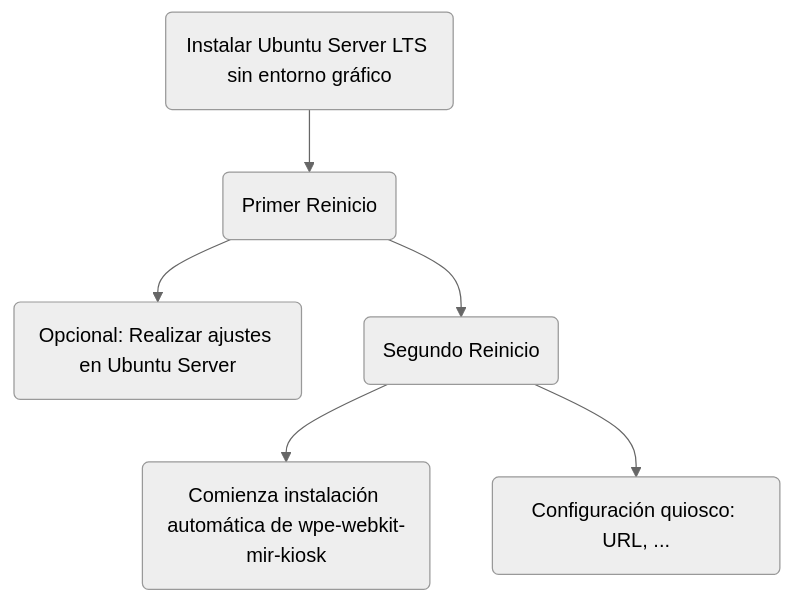
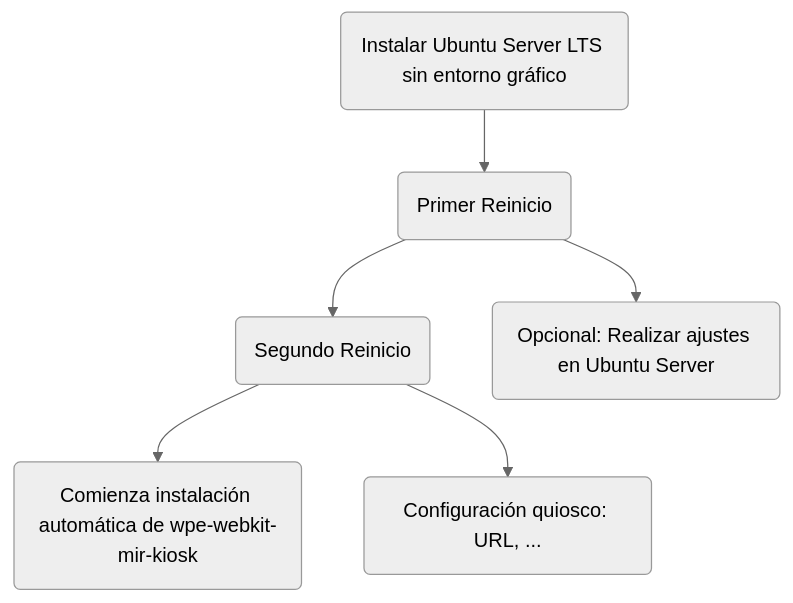
The diagram in README.md (digitaliza-aapp/test), drawn with Mermaid (neutral theme) before and after one commit. The commit also changed other lines of this file, not shown here.

````diff
--- a/README.md
+++ b/README.md
@@ -52,8 +52,8 @@
 ```mermaid
 graph TD;
     Server(Instalar Ubuntu Server LTS sin entorno gráfico)-->1_Reinicio(Primer reinicio del sistema);
-    1_Reinicio(Primer Reinicio)-->Opcional_1_Reinicio(Opcional: Realizar ajustes en Ubuntu Server);
     1_Reinicio-->2_Reinicio(Segundo Reinicio);
     2_Reinicio-->Wpe-webkit(Comienza instalación automática de wpe-webkit-mir-kiosk);
     2_Reinicio-->Configuracion_Kiosk(Configuración quiosco: URL, ...);
+    1_Reinicio(Primer Reinicio)-->Opcional_1_Reinicio(Opcional: Realizar ajustes en Ubuntu Server);
 ```
````
